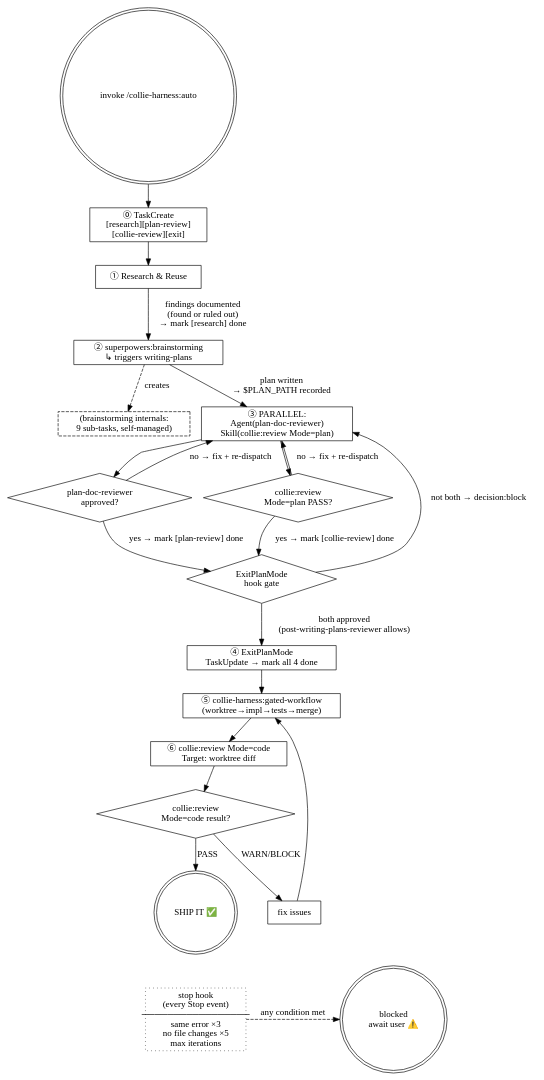
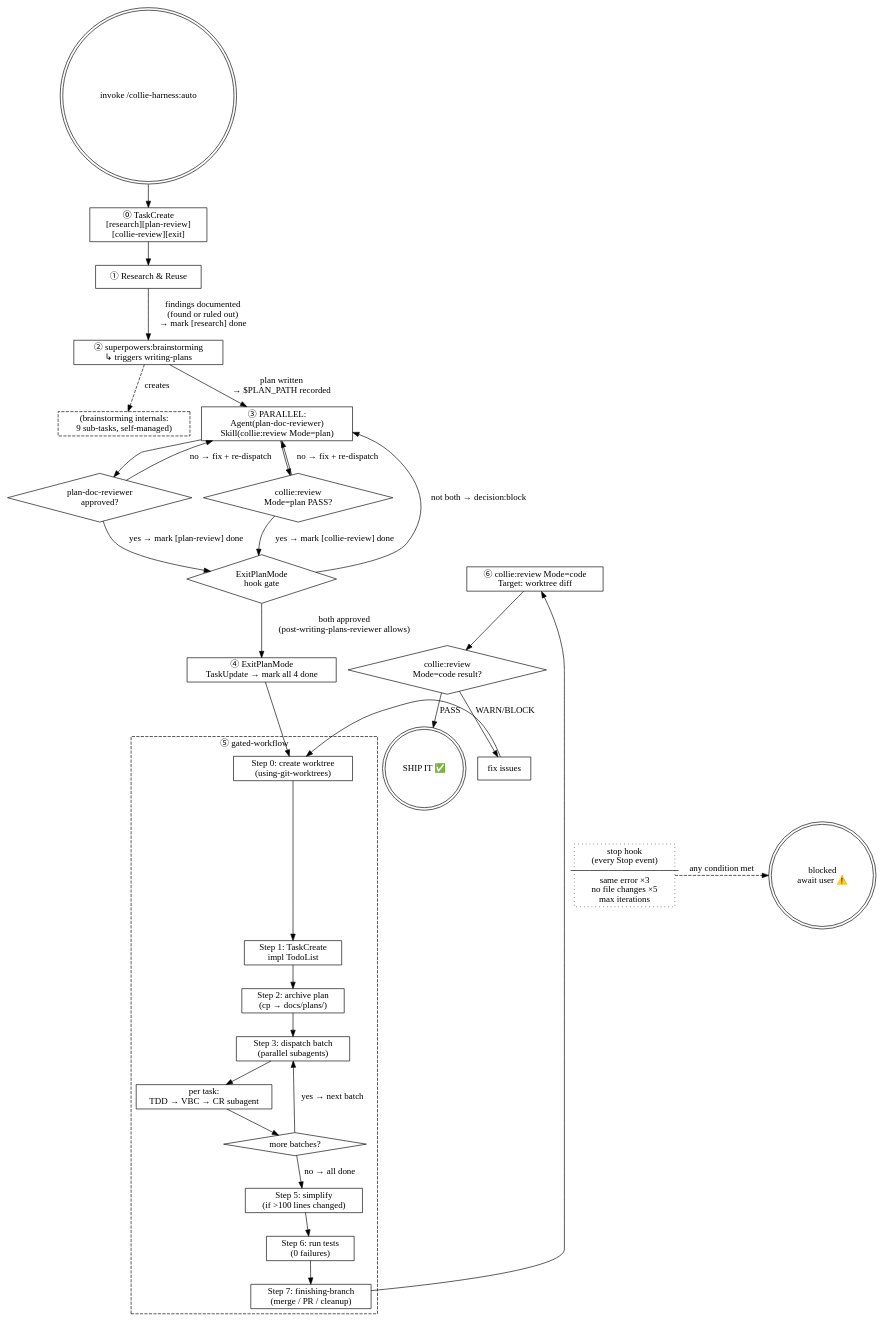
One commit to lkv1988/collie-harness changed the diagram in docs/auto-state-machine-detailed.md. Above: the diagram before and after it, drawn with Graphviz.

Commit message:
docs: 展开 gated-workflow 为子状态机，解决开放问题 Q2/Q3

```diff
--- a/docs/auto-state-machine-detailed.md
+++ b/docs/auto-state-machine-detailed.md
@@ -21,7 +21,7 @@
     "(brainstorming internals:\n9 sub-tasks, self-managed)"          [shape=box, style=dashed];
     "③ PARALLEL:\nAgent(plan-doc-reviewer)\nSkill(collie:review Mode=plan)" [shape=box];
     "④ ExitPlanMode\nTaskUpdate → mark all 4 done"                 [shape=box];
-    "⑤ collie-harness:gated-workflow\n(worktree→impl→tests→merge)" [shape=box];
+    // gated-workflow 节点已展开为 cluster，见下方 subgraph
     "⑥ collie:review Mode=code\nTarget: worktree diff"             [shape=box];
     "fix issues"                                                    [shape=box];
 
@@ -73,18 +73,37 @@
 
     // ── Post-planmode ─────────────────────────────────────────────
     "④ ExitPlanMode\nTaskUpdate → mark all 4 done"
-        -> "⑤ collie-harness:gated-workflow\n(worktree→impl→tests→merge)";
+        -> GW_START;
 
-    "⑤ collie-harness:gated-workflow\n(worktree→impl→tests→merge)"
-        -> "⑥ collie:review Mode=code\nTarget: worktree diff";
+    // ── ⑤ gated-workflow (substate machine) ──────────────────────
+    subgraph cluster_gw {
+        label="⑤ gated-workflow";
+        style=dashed;
+
+        GW_START [shape=box, label="Step 0: create worktree\n(using-git-worktrees)"];
+        GW1      [shape=box, label="Step 1: TaskCreate\nimpl TodoList"];
+        GW2      [shape=box, label="Step 2: archive plan\n(cp → docs/plans/)"];
+        GW3      [shape=box, label="Step 3: dispatch batch\n(parallel subagents)"];
+        GW4      [shape=box, label="per task:\nTDD → VBC → CR subagent"];
+        GW_MORE  [shape=diamond, label="more batches?"];
+        GW5      [shape=box, label="Step 5: simplify\n(if >100 lines changed)"];
+        GW6      [shape=box, label="Step 6: run tests\n(0 failures)"];
+        GW7      [shape=box, label="Step 7: finishing-branch\n(merge / PR / cleanup)"];
+
+        GW_START -> GW1 -> GW2 -> GW3 -> GW4 -> GW_MORE;
+        GW_MORE  -> GW3  [label="yes → next batch"];
+        GW_MORE  -> GW5  [label="no → all done"];
+        GW5 -> GW6 -> GW7;
+    }
+
+    GW7 -> "⑥ collie:review Mode=code\nTarget: worktree diff";
 
     "⑥ collie:review Mode=code\nTarget: worktree diff"
         -> "collie:review\nMode=code result?";
 
     "collie:review\nMode=code result?" -> "SHIP IT ✅" [label="PASS"];
     "collie:review\nMode=code result?" -> "fix issues"  [label="WARN/BLOCK"];
-    "fix issues"
-        -> "⑤ collie-harness:gated-workflow\n(worktree→impl→tests→merge)";
+    "fix issues" -> GW_START;
 
     // ── Stop hook side channel ────────────────────────────────────
     "stop hook\n(every Stop event)\n─────────────────\nsame error ×3\nno file changes ×5\nmax iterations"
```
